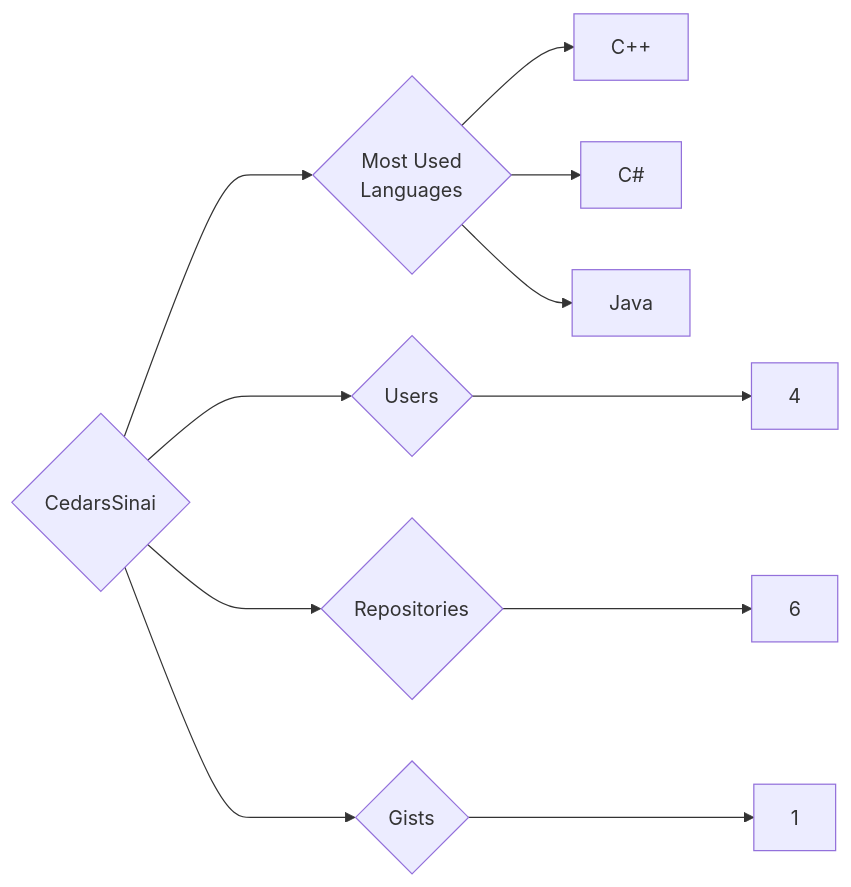
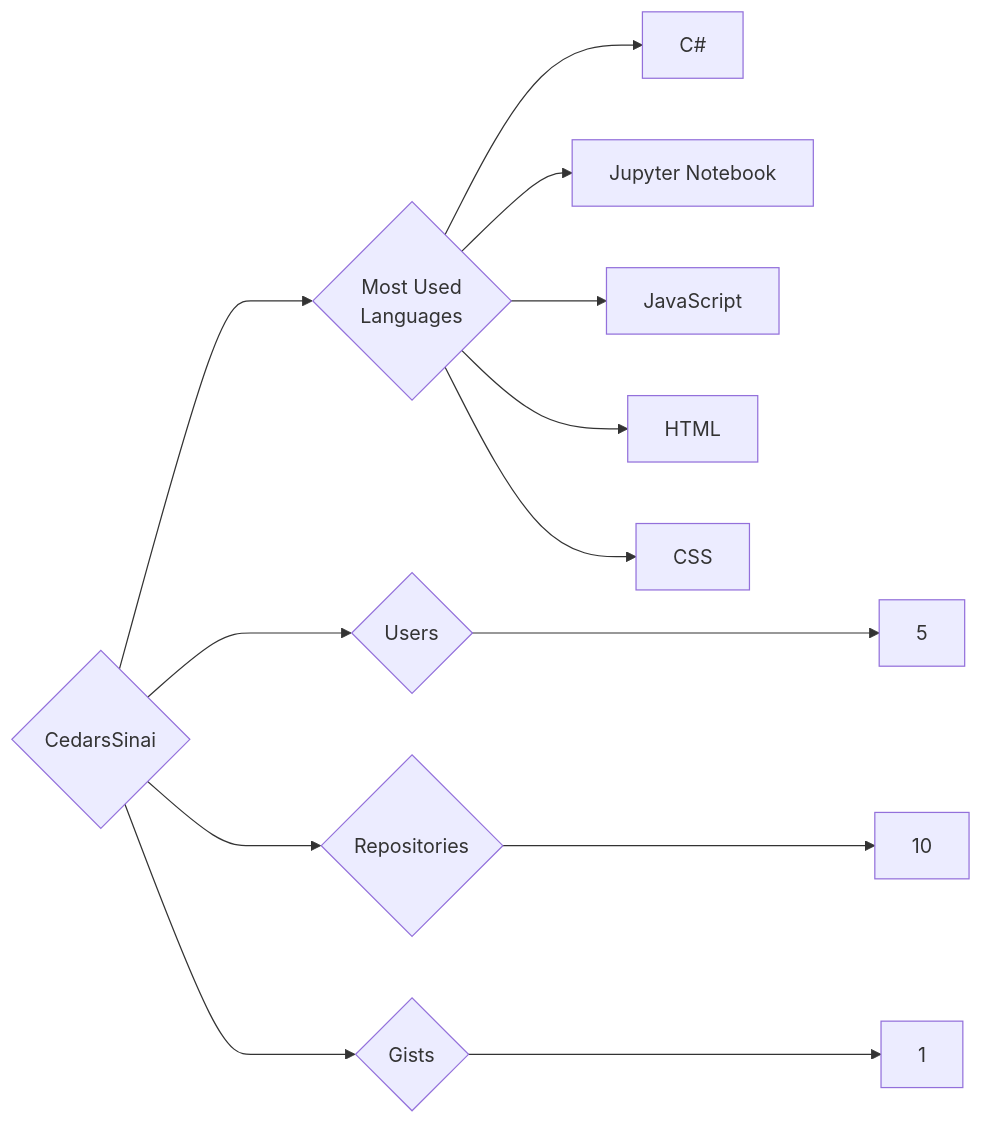
The diagram in targets/CedarsSinai/README.md (trickest/insiders), drawn with Mermaid before and after one commit. The commit also changed 938 other files, not shown here.

````diff
--- a/targets/CedarsSinai/README.md
+++ b/targets/CedarsSinai/README.md
@@ -3,11 +3,13 @@
 ```mermaid
 graph LR
 COMPANY_NAME{CedarsSinai}
-COMPANY_NAME ---> U{Users} ---> UN[4]
-COMPANY_NAME ---> R{Repositories} ---> RN[6]
+COMPANY_NAME ---> U{Users} ---> UN[5]
+COMPANY_NAME ---> R{Repositories} ---> RN[10]
 COMPANY_NAME ---> G{Gists} ---> GN[1]
 COMPANY_NAME ---> ML{Most Used<br>Languages}
-ML --> C++[C++]
 ML --> C#[C#]
-ML --> Java[Java]
+ML --> Jupyter_Notebook[Jupyter Notebook]
+ML --> JavaScript[JavaScript]
+ML --> HTML[HTML]
+ML --> CSS[CSS]
 ```
````
